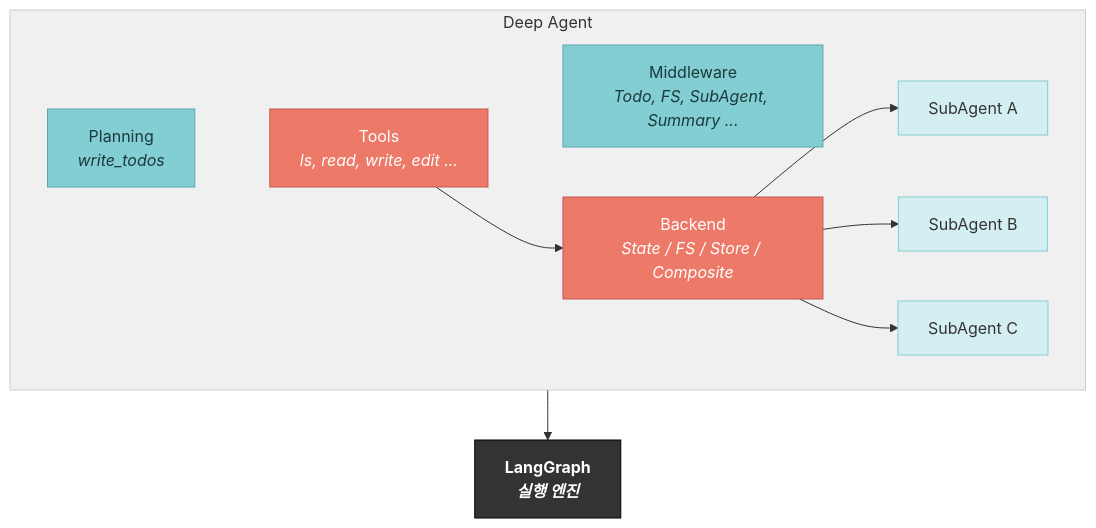
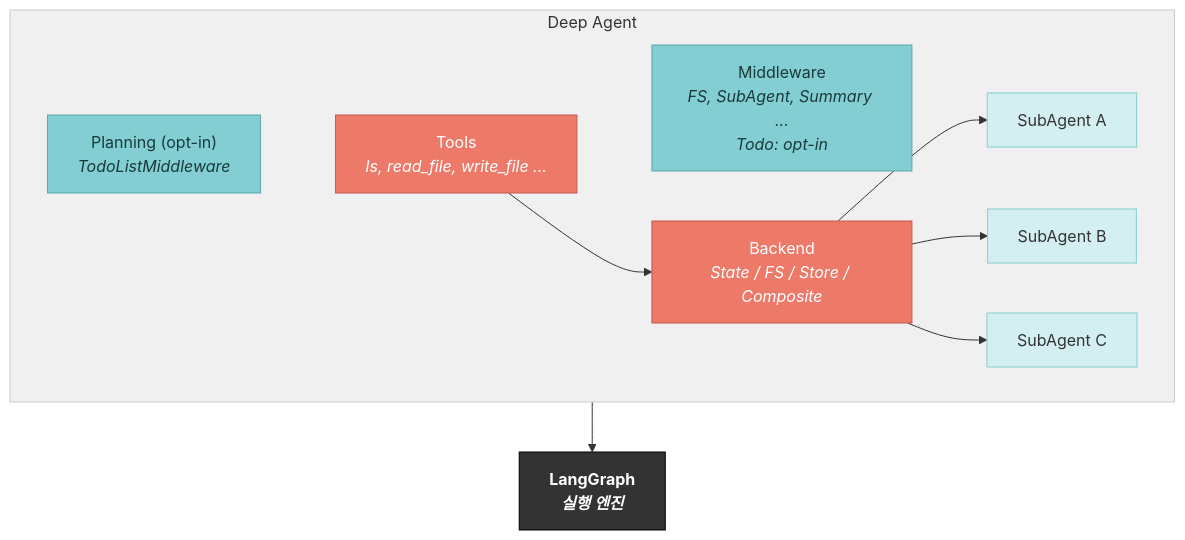
Before and after one commit to BAEM1N/langchain-langgraph-deepagents-notebooks: the diagram in assets/diagrams/deepagents_architecture.mmd, drawn with Mermaid. The commit also changed 340 other files, not shown here.

```diff
--- a/assets/diagrams/deepagents_architecture.mmd
+++ b/assets/diagrams/deepagents_architecture.mmd
@@ -1,29 +1,29 @@
 graph TB
     subgraph Agent["Deep Agent"]
-        Planning["Planning<br/><i>write_todos</i>"]
-        Tools["Tools<br/><i>ls, read, write, edit ...</i>"]
-        Middleware["Middleware<br/><i>Todo, FS, SubAgent, Summary ...</i>"]
+        Planning["Planning (opt-in)<br/><i>TodoListMiddleware</i>"]
+        Tools["Tools<br/><i>ls, read_file, write_file ...</i>"]
+        Middleware["Middleware<br/><i>FS, SubAgent, Summary ...<br/>Todo: opt-in</i>"]
         Backend["Backend<br/><i>State / FS / Store / Composite</i>"]
         SubA["SubAgent A"]
         SubB["SubAgent B"]
         SubC["SubAgent C"]
 
         Planning ~~~ Tools ~~~ Middleware
         Tools --> Backend
         Backend --> SubA
         Backend --> SubB
         Backend --> SubC
     end
 
     LangGraph["LangGraph<br/><i>실행 엔진</i>"]
     Agent --> LangGraph
 
     style Agent fill:#f0f0f0,stroke:#ccc,color:#333
     style Planning fill:#83ced2,stroke:#5ba8ad,color:#1a3a3c
     style Tools fill:#ed7969,stroke:#c45a4d,color:#fff
     style Middleware fill:#83ced2,stroke:#5ba8ad,color:#1a3a3c
     style Backend fill:#ed7969,stroke:#c45a4d,color:#fff
     style SubA fill:#d4eff1,stroke:#83ced2,color:#333
     style SubB fill:#d4eff1,stroke:#83ced2,color:#333
     style SubC fill:#d4eff1,stroke:#83ced2,color:#333
     style LangGraph fill:#333,stroke:#000,color:#fff,font-weight:bold
```
